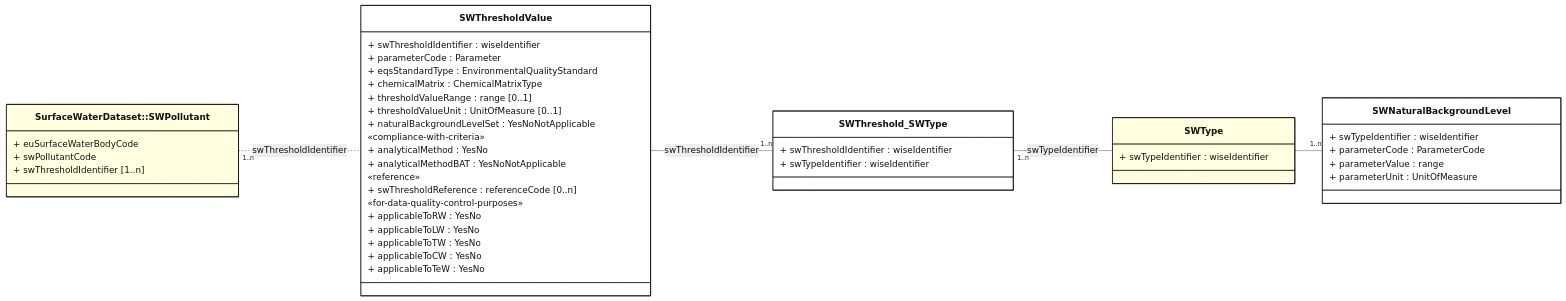
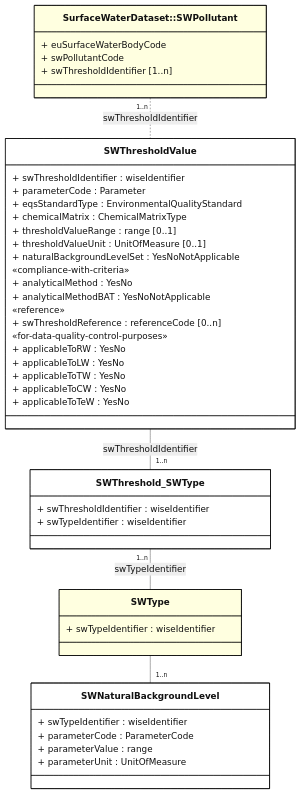
The diagram in docs/DataModelReview/mmd/SurfaceWaterMethodologies_4thCycle_SWThresholdValue_ClassDiagram.mmd (eeadata/WISE.WFD.Documentation), drawn with Mermaid before and after one commit. The commit also changed 4 other files, not shown here.

Commit message:
Typo in the mermaid diagram preventing build

```diff
--- a/docs/DataModelReview/mmd/SurfaceWaterMethodologies_4thCycle_SWThresholdValue_ClassDiagram.mmd
+++ b/docs/DataModelReview/mmd/SurfaceWaterMethodologies_4thCycle_SWThresholdValue_ClassDiagram.mmd
@@ -1,65 +1,65 @@
 ---
 config:
   class:
     hideEmptyMembersBox: true
   layout: dagre
   theme: neutral
 ---
 classDiagram
-direction LR
+direction TB
 
 class SWType:::partial {
     + swTypeIdentifier : wiseIdentifier
 }
 
 class SWPollutant ["SurfaceWaterDataset::SWPollutant"]:::partial{
 + euSurfaceWaterBodyCode
 + swPollutantCode
 + swThresholdIdentifier [1..n]
 }
 
 class SWThresholdValue{
 + swThresholdIdentifier : wiseIdentifier
 + parameterCode : Parameter
 + eqsStandardType : EnvironmentalQualityStandard
 + chemicalMatrix : ChemicalMatrixType 
 
 + thresholdValueRange : range [0..1]
 + thresholdValueUnit : UnitOfMeasure [0..1]
 + naturalBackgroundLevelSet : YesNoNotApplicable
 
 «compliance-with-criteria»
 + analyticalMethod : YesNo
 + analyticalMethodBAT : YesNoNotApplicable
 
 «reference»
 + swThresholdReference : referenceCode [0..n]
 
 «for-data-quality-control-purposes»
 + applicableToRW : YesNo
 + applicableToLW : YesNo
 + applicableToTW : YesNo
 + applicableToCW : YesNo
 + applicableToTeW : YesNo
 }
 
 class SWThreshold_SWType{
 + swThresholdIdentifier : wiseIdentifier
 + swTypeIdentifier : wiseIdentifier
 }
 
 class SWNaturalBackgroundLevel{
     + swTypeIdentifier : wiseIdentifier
     + parameterCode : ParameterCode
     + parameterValue : range  
     + parameterUnit : UnitOfMeasure
 }
 
 SWPollutant "1..n" .. SWThresholdValue : swThresholdIdentifier
 SWThresholdValue -- "1..n" SWThreshold_SWType : swThresholdIdentifier
 SWThreshold_SWType "1..n" -- SWType : swTypeIdentifier
 SWType -- "1..n" SWNaturalBackgroundLevel
 
 classDef default fill:white,stroke:#000;
 classDef forFixing fill:white,stroke:#f00;
 classDef partial fill:lightyellow,stroke:#000;
```
